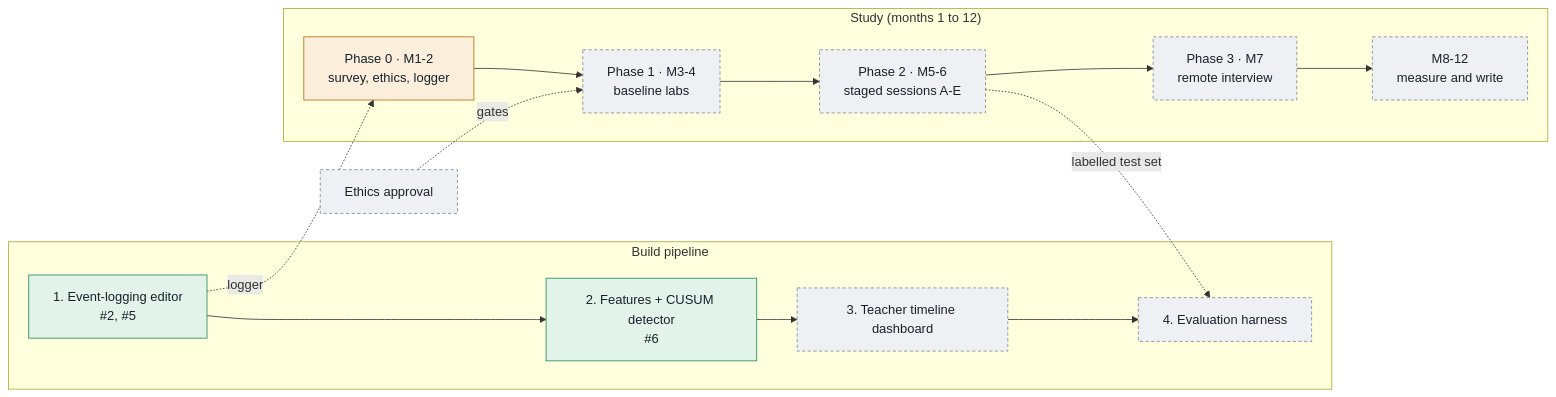
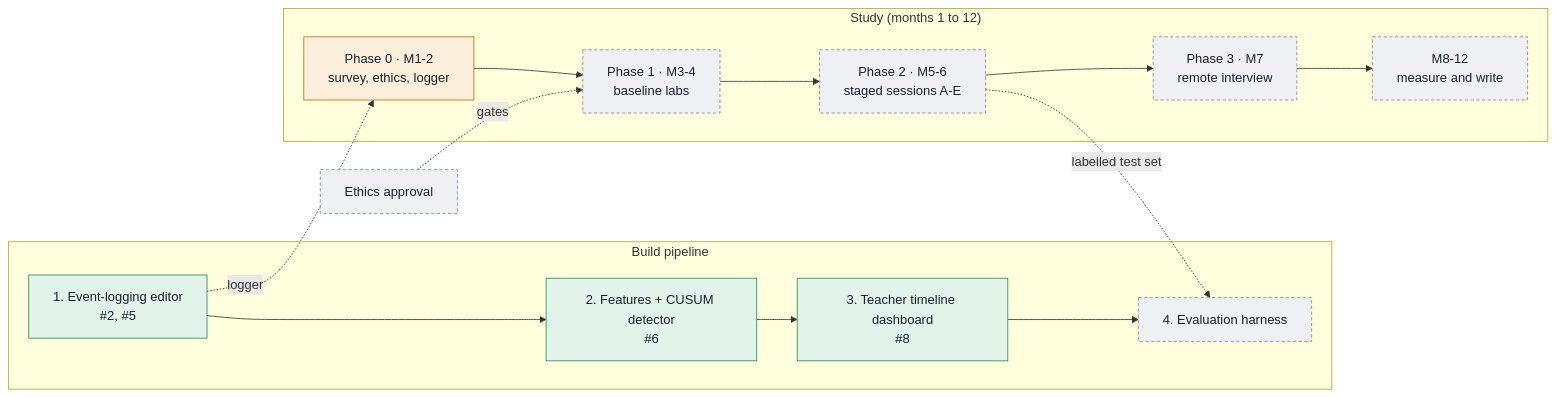
The diagram in thesis/progress/STATUS.md (codehamster69/student-ide), drawn with Mermaid before and after one commit. The commit also changed other lines of this file and 2 other files, not shown here.

First line of the commit message:
Mark the teacher timeline dashboard done on the progress diagram

````diff
--- a/thesis/progress/STATUS.md
+++ b/thesis/progress/STATUS.md
@@ -14,21 +14,21 @@
 ```mermaid
 flowchart LR
   classDef done fill:#e2f3ea,stroke:#1f8a5b,color:#18202b
   classDef prog fill:#fbefdc,stroke:#b86a0b,color:#18202b
   classDef pend fill:#eef0f3,stroke:#7c8696,stroke-dasharray:4 3,color:#18202b
 
   subgraph Build["Build pipeline"]
     B1["1. Event-logging editor<br/>#2, #5"]:::done --> B2["2. Features + CUSUM detector<br/>#6"]:::done
-    B2 --> B3["3. Teacher timeline dashboard"]:::pend --> B4["4. Evaluation harness"]:::pend
+    B2 --> B3["3. Teacher timeline dashboard<br/>#8"]:::done --> B4["4. Evaluation harness"]:::pend
   end
 
   subgraph Study["Study (months 1 to 12)"]
     P0["Phase 0 · M1-2<br/>survey, ethics, logger"]:::prog --> P1["Phase 1 · M3-4<br/>baseline labs"]:::pend
     P1 --> P2["Phase 2 · M5-6<br/>staged sessions A-E"]:::pend --> P3["Phase 3 · M7<br/>remote interview"]:::pend
     P3 --> W["M8-12<br/>measure and write"]:::pend
   end
 
   E["Ethics approval"]:::pend -. gates .-> P1
   B1 -. logger .-> P0
   P2 -. labelled test set .-> B4
 ```
````
